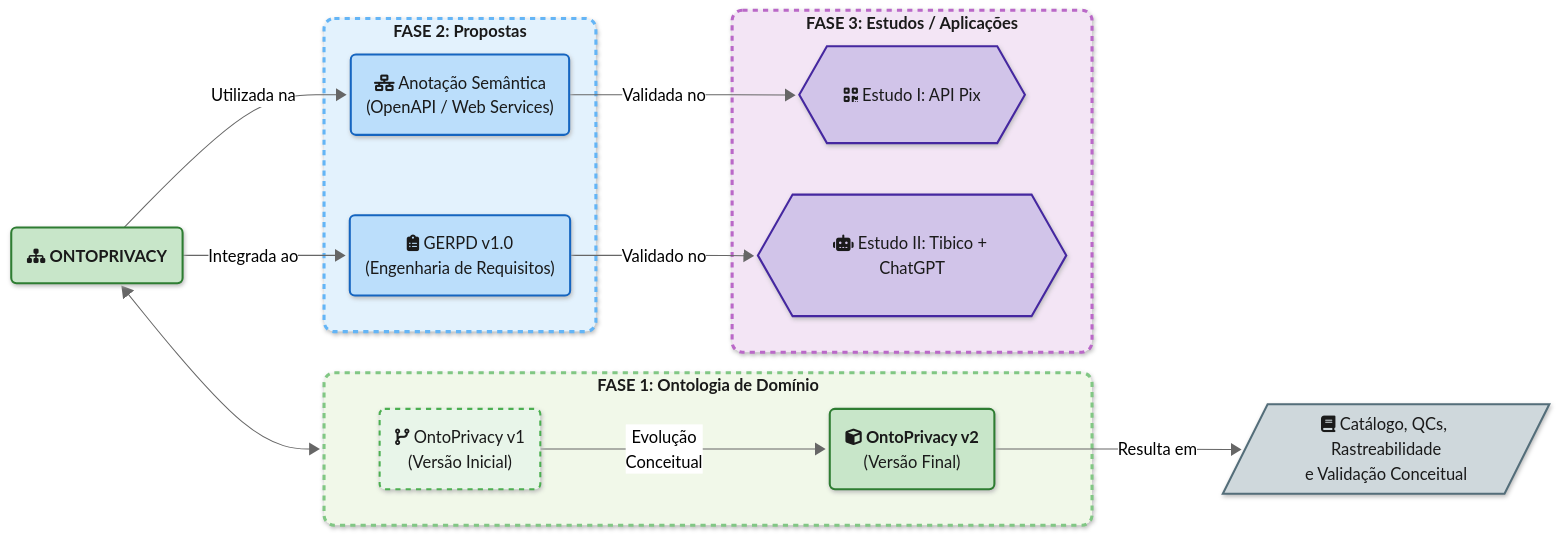
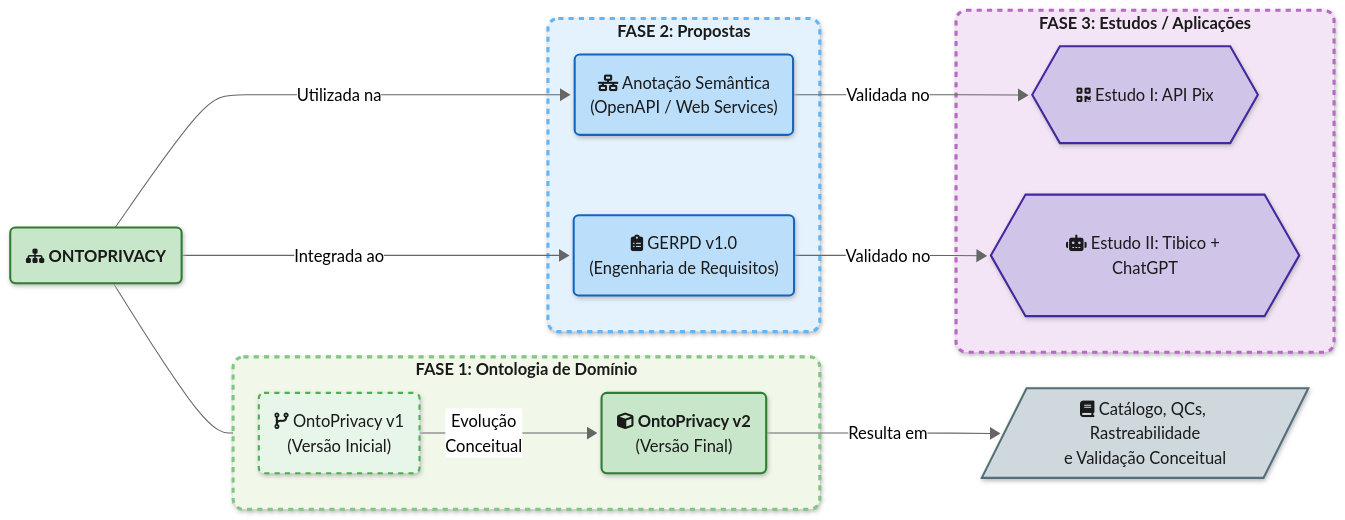
One commit to TNK443/Dissertacao changed the diagram in README.md. Above: the diagram before and after it, drawn with Mermaid.

````diff
--- a/README.md
+++ b/README.md
@@ -49,66 +49,66 @@
 ```mermaid
 ---
 config:
     theme: neutral
     look: neo
 ---
 flowchart LR
     %% Definição de estilos (ClassDef)
     %% Ontologia: Tons de Verde
     classDef ontologia fill:#C8E6C9,stroke:#2E7D32,stroke-width:2px,color:#1A1A1A;
     classDef ontologiav1 fill:#E8F5E9,stroke:#4CAF50,stroke-width:2px,stroke-dasharray: 5 5,color:#1A1A1A;
     classDef ontologiav2 fill:#C8E6C9,stroke:#2E7D32,stroke-width:2px,color:#1A1A1A;
     
     %% Propostas: Tons de Azul (Tecnologia/Engenharia)
     classDef proposta fill:#BBDEFB,stroke:#1565C0,stroke-width:2px,color:#1A1A1A;
     
     %% Estudos de Caso: Tons de Roxo (Validação/Aplicação)
     classDef estudo fill:#D1C4E9,stroke:#4527A0,stroke-width:2px,color:#1A1A1A;
     
     %% Documentação: Cor solicitada #cfd8dc (Cinza/Azulado)
     classDef doc fill:#cfd8dc,stroke:#546E7A,stroke-width:2px,color:#1A1A1A;
 
     %% Nós de Ontologia
     OP0("fa:fa-sitemap <b>ONTOPRIVACY</b>"):::ontologia
 
     %% Agrupamento das Ontologias
     subgraph F1["<b>FASE 1: Ontologia de Domínio</b>"]
         OP1("fa:fa-code-branch OntoPrivacy v1\n(Versão Inicial)"):::ontologiav1
         OP2("fa:fa-cube <b>OntoPrivacy v2</b>\n(Versão Final)"):::ontologiav2
     end
     %% Documentação
     DOC[/"fa:fa-book Catálogo, QCs, Rastreabilidade\ne Validação Conceitual"/]:::doc
 
     %% Agrupamento das Propostas Desenvolvidas
     subgraph F2["<b>FASE 2: Propostas</b>"]
         AS("fa:fa-network-wired Anotação Semântica\n(OpenAPI / Web Services)"):::proposta
         G("fa:fa-clipboard-list GERPD v1.0\n(Engenharia de Requisitos)"):::proposta
     end
 
     %% Agrupamento dos Estudos de Caso
     subgraph F3["<b>FASE 3: Estudos / Aplicações</b>"]
         E1{{"fa:fa-qrcode Estudo I: API Pix"}}:::estudo
         E2{{"fa:fa-robot Estudo II: Tibico + ChatGPT"}}:::estudo
     end
 
     %% CONEXÕES COM RÓTULOS
-    OP0 -->|Utilizada na| AS
-    OP0 -->|Integrada ao| G
+    OP0 --->|Utilizada na| AS
+    OP0 --->|Integrada ao| G
     
 
     AS -->|Validada no| E1
     G -->|Validado no| E2
     
     OP1 -->|Evolução\nConceitual| OP2
     OP2 -->|Resulta em| DOC
-    OP0 <--> F1
+    OP0 --- F1
 
     %% Estilização visual dos Agrupamentos (Subgraphs)
     %% rx:10,ry:10 arredondam os cantos da caixa principal
     %% F1 - Fundo verde super claro, borda arredondada verde média
     style F1 fill:#F1F8E9,stroke:#81C784,stroke-width:3px,color:#1A1A1A,stroke-dasharray: 5 5,rx:10,ry:10
     %% F2 - Fundo azul super claro, borda arredondada azul média
     style F2 fill:#E3F2FD,stroke:#64B5F6,stroke-width:3px,color:#1A1A1A,stroke-dasharray: 5 5,rx:10,ry:10
     %% F3 - Fundo roxo super claro, borda arredondada roxa média
     style F3 fill:#F3E5F5,stroke:#BA68C8,stroke-width:3px,color:#1A1A1A,stroke-dasharray: 5 5,rx:10,ry:10
 ```
````
